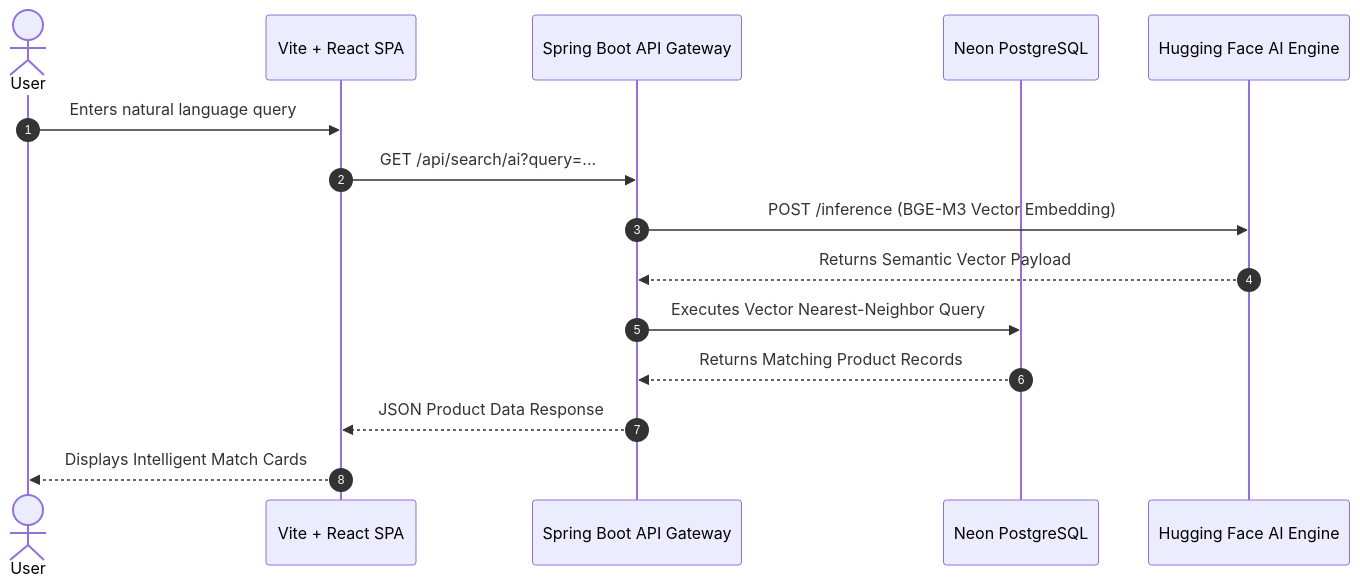
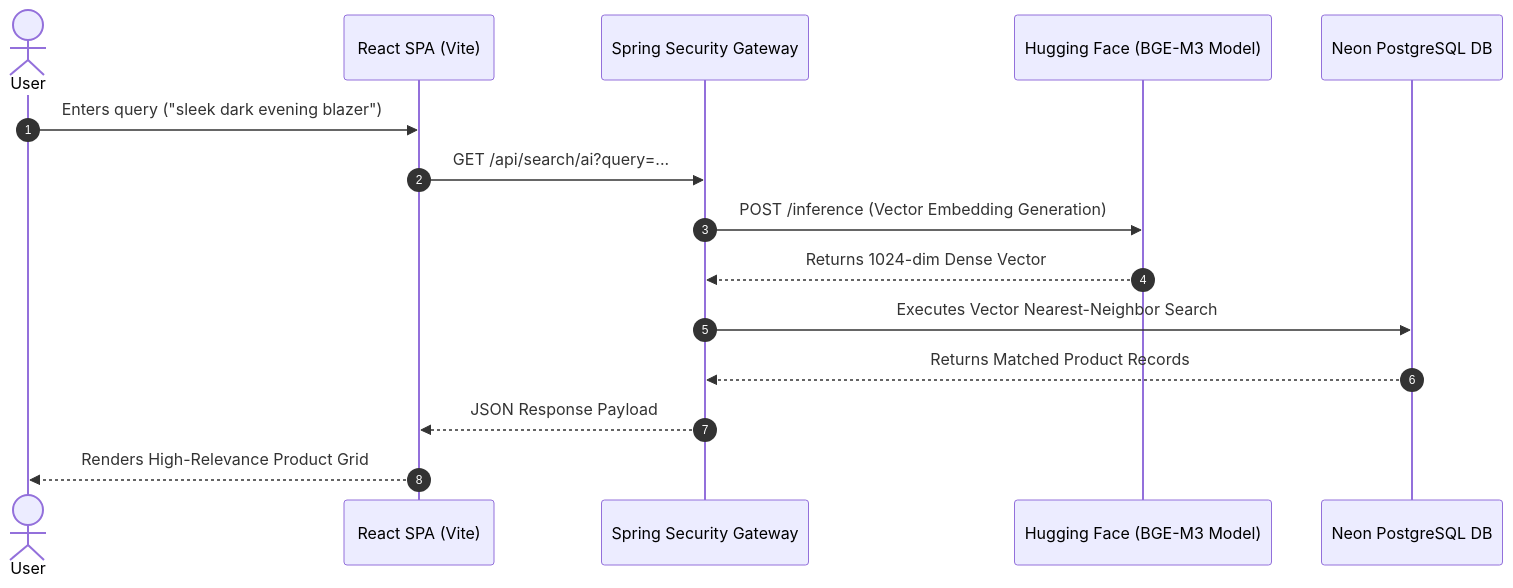
Before and after one commit to yazeed-aljihane/LUXZERA: the second of 2 diagrams in README.md, drawn with Mermaid. The commit also changed other lines of this file, not shown here.

Commit message:
docs: update README with 4-tier High-Level Architecture (HLD) Mermaid diagram

````diff
--- a/README.md
+++ b/README.md
@@ -60,18 +81,18 @@
 ```mermaid
 sequenceDiagram
     autonumber
     actor User
-    participant Frontend as Vite + React SPA
-    participant Backend as Spring Boot API Gateway
-    participant DB as Neon PostgreSQL
-    participant AI as Hugging Face AI Engine
+    participant Frontend as React SPA (Vite)
+    participant Gateway as Spring Security Gateway
+    participant AI as Hugging Face (BGE-M3 Model)
+    participant DB as Neon PostgreSQL DB
 
-    User->>Frontend: Enters natural language query
-    Frontend->>Backend: GET /api/search/ai?query=...
-    Backend->>AI: POST /inference (BGE-M3 Vector Embedding)
-    AI-->>Backend: Returns Semantic Vector Payload
-    Backend->>DB: Executes Vector Nearest-Neighbor Query
-    DB-->>Backend: Returns Matching Product Records
-    Backend-->>Frontend: JSON Product Data Response
-    Frontend-->>User: Displays Intelligent Match Cards
+    User->>Frontend: Enters query ("sleek dark evening blazer")
+    Frontend->>Gateway: GET /api/search/ai?query=...
+    Gateway->>AI: POST /inference (Vector Embedding Generation)
+    AI-->>Gateway: Returns 1024-dim Dense Vector
+    Gateway->>DB: Executes Vector Nearest-Neighbor Search
+    DB-->>Gateway: Returns Matched Product Records
+    Gateway-->>Frontend: JSON Response Payload
+    Frontend-->>User: Renders High-Relevance Product Grid
 ```
````
